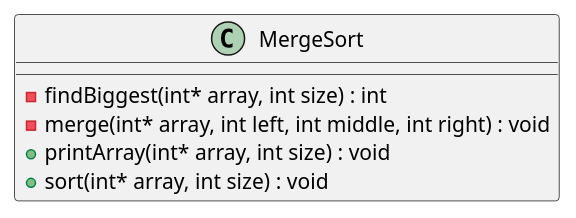
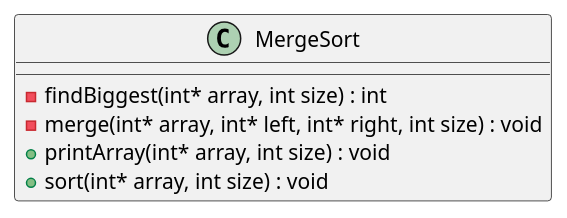
The diagram in inline_umlgraph_pnghtml.pu (MaciejWojs/MergeSort), drawn with PlantUML before and after one commit. The commit also changed 174 other files, not shown here.

```diff
--- a/inline_umlgraph_pnghtml.pu
+++ b/inline_umlgraph_pnghtml.pu
@@ -1,9 +1,9 @@
 @startuml inline_umlgraph_1.png
 class MergeSort {
 -findBiggest(int* array, int size) : int
--merge(int* array, int left, int middle, int right) : void
+-merge(int* array, int* left, int* right, int size) : void
 +printArray(int* array, int size) : void
 +sort(int* array, int size) : void
 
 }
 @enduml
```
